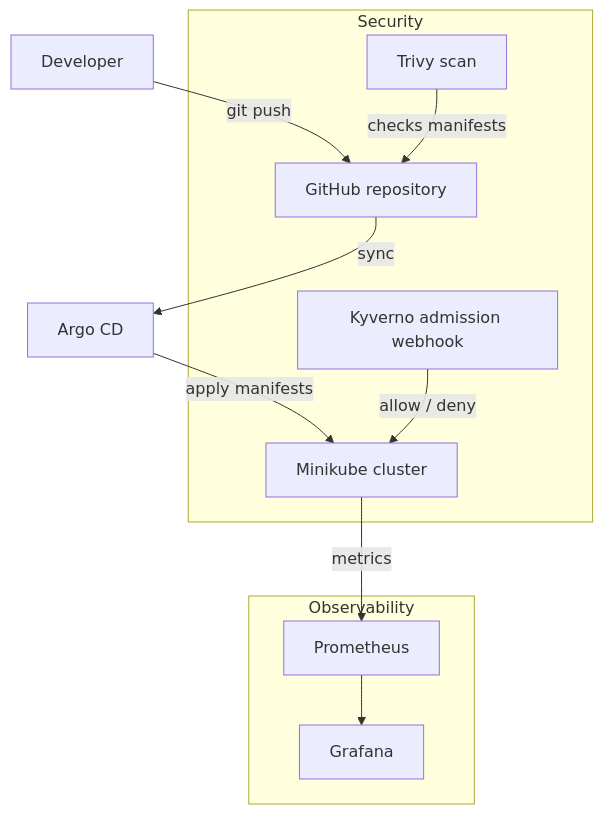
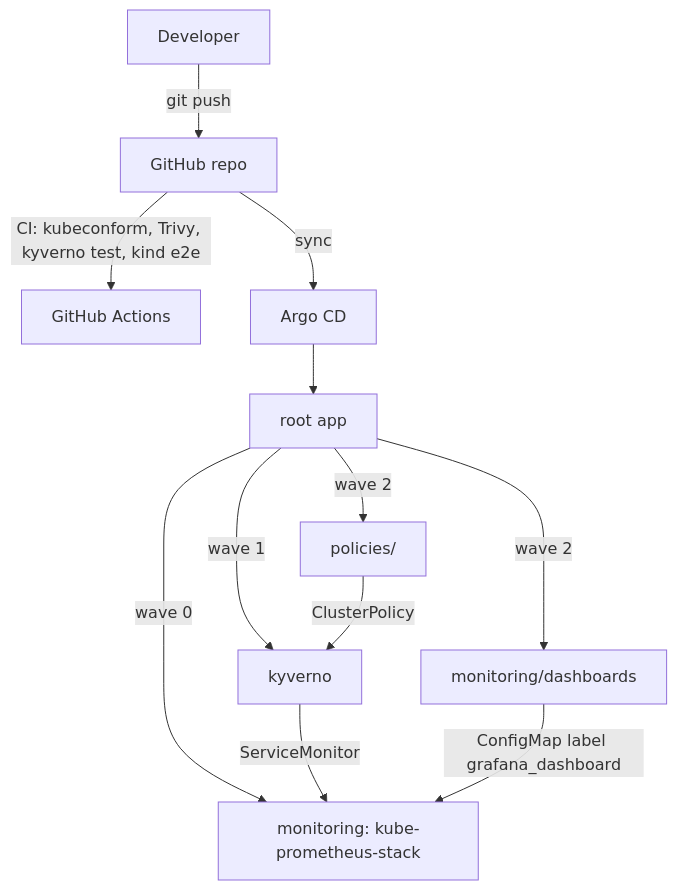
One commit to Danishwani1999/k8s-gitops-observability changed the diagram in README.md. Above: the diagram before and after it, drawn with Mermaid. The commit also changed other lines of this file and 1 other file, not shown here.

Commit message:
Final README with real evidence and Grafana dashboard screenshot

````diff
--- a/README.md
+++ b/README.md
@@ -54,16 +24,14 @@
 ```mermaid
 graph TD
-    Dev[Developer] -->|git push| GH[GitHub repository]
-    GH -->|sync| ARGO[Argo CD]
-    ARGO -->|apply manifests| K8S[Minikube cluster]
-
-    subgraph Security
-        TRIVY[Trivy scan] -->|checks manifests| GH
-        KYV[Kyverno admission webhook] -->|allow / deny| K8S
-    end
-
-    subgraph Observability
-        K8S -->|metrics| PROM[Prometheus]
-        PROM --> GRAF[Grafana]
-    end
+    Dev[Developer] -->|git push| GH[GitHub repo]
+    GH -->|CI: kubeconform, Trivy, kyverno test, kind e2e| CI[GitHub Actions]
+    GH -->|sync| Argo[Argo CD]
+    Argo --> Root[root app]
+    Root -->|wave 0| Mon[monitoring: kube-prometheus-stack]
+    Root -->|wave 1| Kyv[kyverno]
+    Root -->|wave 2| Pol[policies/]
+    Root -->|wave 2| Dash[monitoring/dashboards]
+    Kyv -->|ServiceMonitor| Mon
+    Dash -->|ConfigMap label grafana_dashboard| Mon
+    Pol -->|ClusterPolicy| Kyv
 ```
````
